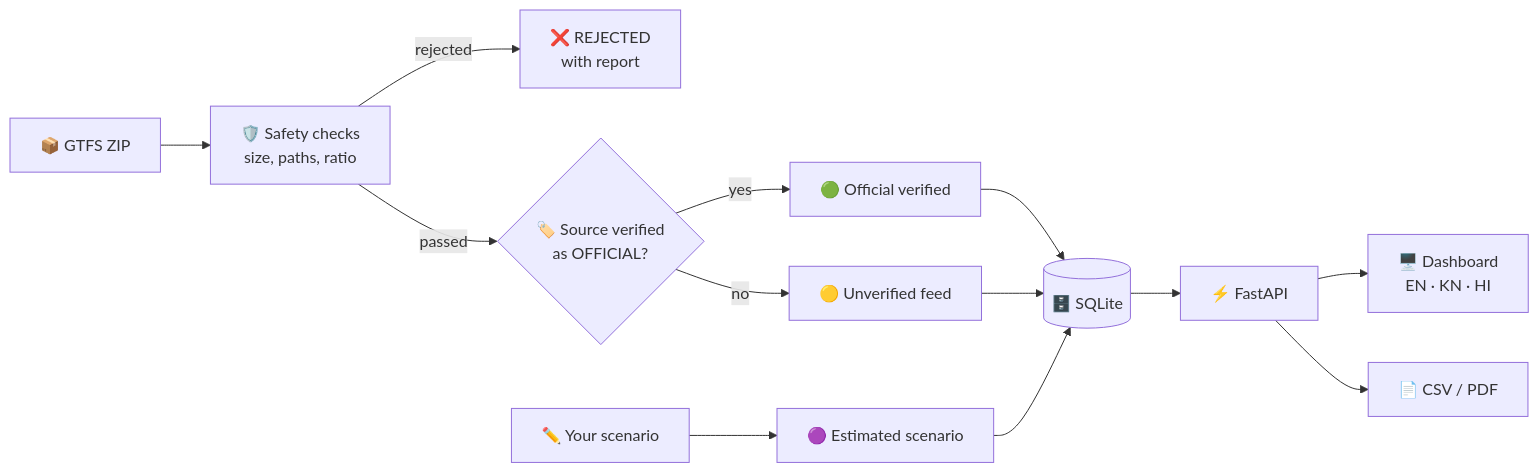
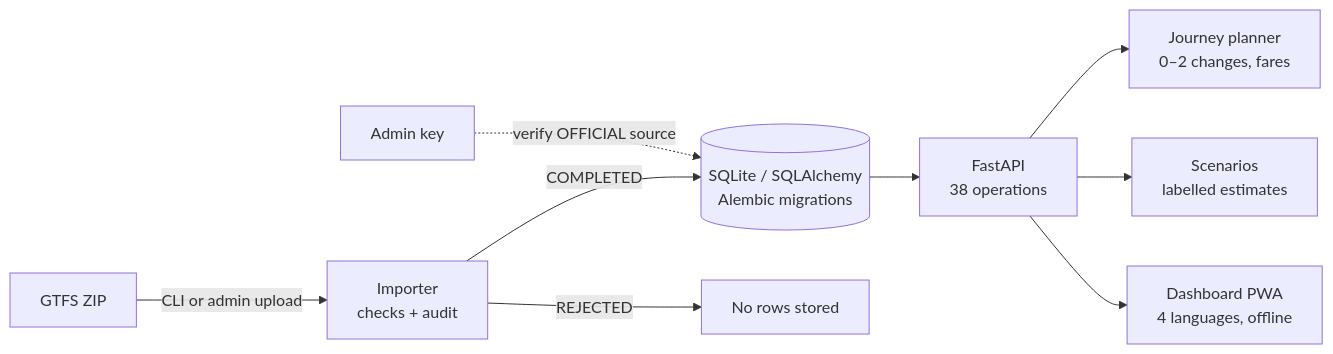
One commit to upendra8690/BMTC-Future-Transit-Planner changed the diagram in README.md. Above: the diagram before and after it, drawn with Mermaid. The commit also changed other lines of this file and 74 other files, not shown here.

First line of the commit message:
Release 3.0.0: multi-change journeys, fares, offline timetables, Telugu

````diff
--- a/README.md
+++ b/README.md
@@ -194,15 +214,11 @@
 ```mermaid
 flowchart LR
-    A["📦 GTFS ZIP"] --> B["🛡️ Safety checks<br/>size, paths, ratio"]
-    B -->|rejected| R["❌ REJECTED<br/>with report"]
-    B -->|passed| C{"🏷️ Source verified<br/>as OFFICIAL?"}
-    C -->|yes| D["🟢 Official verified"]
-    C -->|no| E["🟡 Unverified feed"]
-    S["✏️ Your scenario"] --> F["🟣 Estimated scenario"]
-    D --> G[("🗄️ SQLite")]
-    E --> G
-    F --> G
-    G --> H["⚡ FastAPI"]
-    H --> I["🖥️ Dashboard<br/>EN · KN · HI"]
-    H --> J["📄 CSV / PDF"]
+    G[GTFS ZIP] -->|CLI or admin upload| I[Importer<br/>checks + audit]
+    I -->|COMPLETED| DB[(SQLite / SQLAlchemy<br/>Alembic migrations)]
+    I -->|REJECTED| X[No rows stored]
+    DB --> API[FastAPI<br/>38 operations]
+    API --> P[Journey planner<br/>0–2 changes, fares]
+    API --> S[Scenarios<br/>labelled estimates]
+    API --> D[Dashboard PWA<br/>4 languages, offline]
+    A[Admin key] -.->|verify OFFICIAL source| DB
 ```
````
